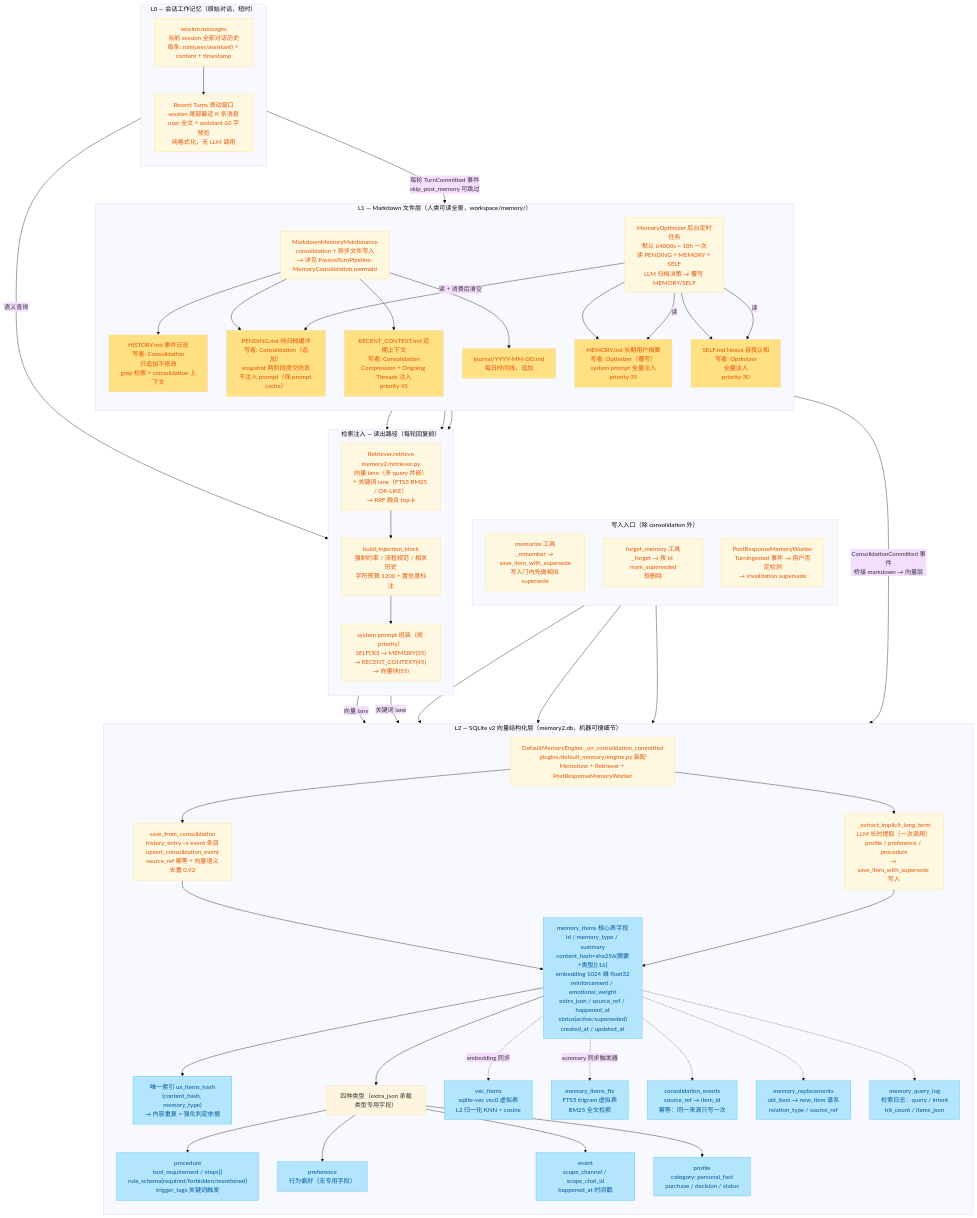
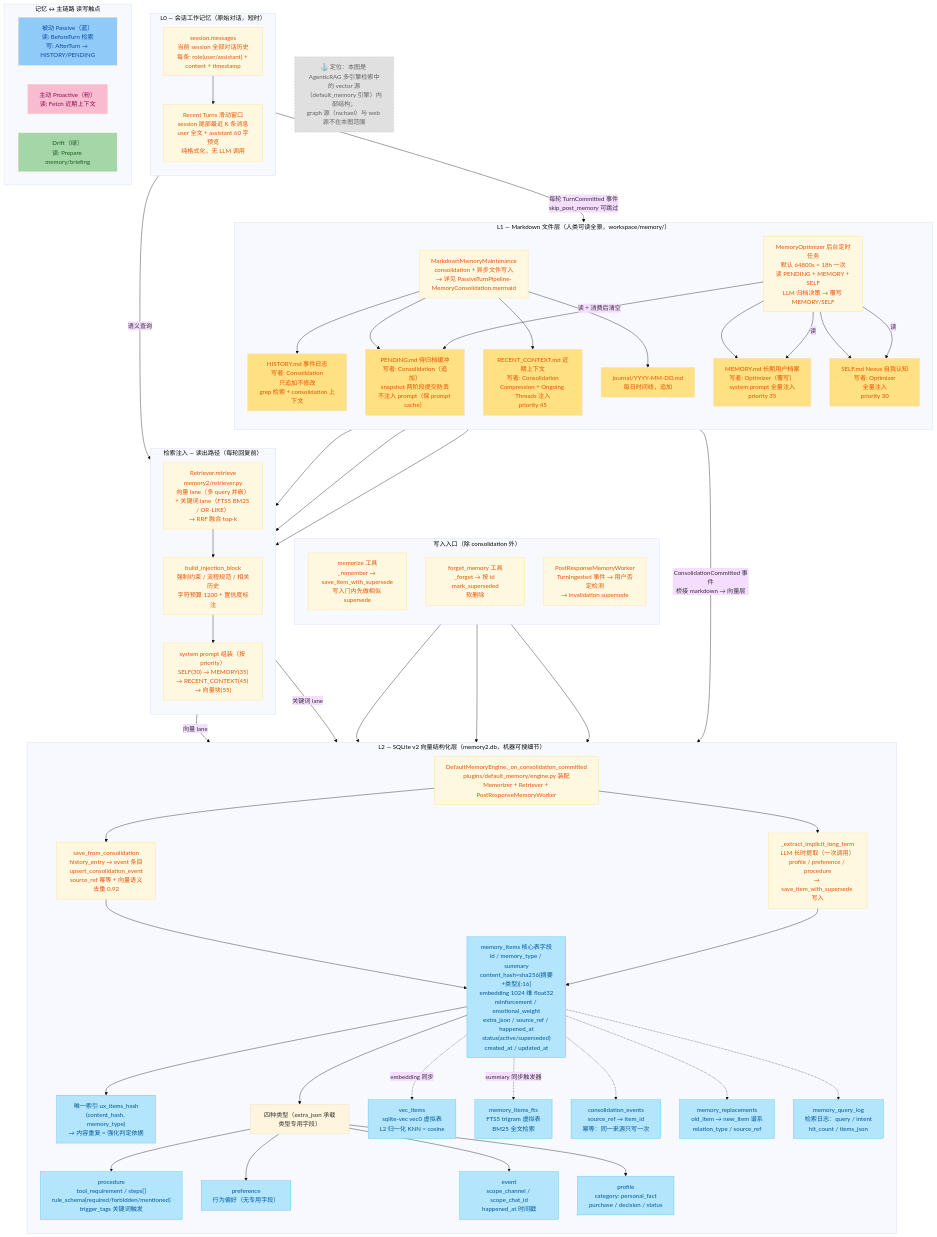
One commit to 1L7V5101V/NexusCompanion changed the diagram in docs/Graph/MemorySystem-MultiLevel.mermaid. Above: the diagram before and after it, drawn with Mermaid (base theme).

Commit message:
docs: 记忆系统图补定位标注与主链路读写触点图例
- 定位：本图为 AgenticRAG 多引擎检索中的 vector 源（default_memory 引擎）
- 新增「记忆 ↔ 主链路读写触点」小图例，用主链路三色
  （passPhase 蓝 / proPhase 粉 / driftPhase 绿）标注各链路读/写触点

```diff
--- a/docs/Graph/MemorySystem-MultiLevel.mermaid
+++ b/docs/Graph/MemorySystem-MultiLevel.mermaid
@@ -1,129 +1,149 @@
-graph TB
+flowchart TB
     %% ============================================================
     %% 多级结构化记忆系统 — 三级结构 + 数据流
     %% 依据代码：memory2/store.py、memory2/models.py、memory2/memorizer.py、
     %%          memory2/retriever.py、memory2/post_response_worker.py、
     %%          plugins/default_memory/engine.py、_handbook/memory-markdown.md
     %% ============================================================
     %% ====== 样式 ======
     classDef mem fill:#ffe082,color:#e65100
     classDef step fill:#fff8e1,color:#e65100,stroke:#ffe082,stroke-width:1px
     classDef gate fill:#fff9c4,color:#f57f17,stroke:#ffe082,stroke-width:1px
     classDef file fill:#ffffff,color:#bf360c,stroke:#ffcc80,stroke-width:1px
     classDef event fill:#ce93d8,color:#4a148c,stroke:#ce93d8,stroke-width:1px
     classDef async fill:#e0e0e0,color:#616161,stroke:#bdbdbd,stroke-width:1px,stroke-dasharray:5 3
     classDef final fill:#a5d6a7,color:#1b5e20,stroke:#66bb6a,stroke-width:2px
     classDef db fill:#b3e5fc,color:#01579b,stroke:#4fc3f7,stroke-width:1px
+    %% 主链路配色（与 三链路-Passive+Proactive+Drift.mermaid 一致）
+    classDef passPhase fill:#90caf9,color:#0d47a1
+    classDef proPhase fill:#f8bbd0,color:#880e4f
+    classDef driftPhase fill:#a5d6a7,color:#1b5e20
 
     %% ═══════════════════════════════════════════
     %% L0 会话工作记忆（短时）
     %% ═══════════════════════════════════════════
     subgraph L0["L0 — 会话工作记忆（原始对话，短时）"]
         direction TB
         L0_MSG["session.messages<br/>当前 session 全部对话历史<br/>每条: role(user/assistant) + content + timestamp"]
         L0_RECENT["Recent Turns 滑动窗口<br/>session 尾部最近 K 条消息<br/>user 全文 + assistant 60 字预览<br/>纯格式化，无 LLM 调用"]
         L0_MSG --> L0_RECENT
     end
 
     L0_MSG -->|"每轮 TurnCommitted 事件<br/>skip_post_memory 可跳过"| L1_CONS
     L0_MSG -->|"语义查询"| RETR
 
     %% ═══════════════════════════════════════════
     %% L1 Markdown 文件层（人类可读全景）
     %% ═══════════════════════════════════════════
     subgraph L1["L1 — Markdown 文件层（人类可读全景，workspace/memory/）"]
         direction TB
         L1_CONS["MarkdownMemoryMaintenance<br/>consolidation + 异步文件写入<br/>→ 详见 PassiveTurnPipeline-MemoryConsolidation.mermaid"]
         L1_OPT["MemoryOptimizer 后台定时任务<br/>默认 64800s = 18h 一次<br/>读 PENDING + MEMORY + SELF<br/>LLM 归档决策 → 覆写 MEMORY/SELF"]
         L1_CONS --> F_HISTORY
         L1_CONS --> F_PENDING
         L1_CONS --> F_RECENT
         L1_CONS --> F_JOURNAL
         L1_OPT --> F_MEM
         L1_OPT --> F_SELF
         L1_OPT -->|"读 + 消费后清空"| F_PENDING
         L1_OPT -->|"读"| F_MEM
         L1_OPT -->|"读"| F_SELF
 
         F_MEM["MEMORY.md 长期用户档案<br/>写者: Optimizer（覆写）<br/>system prompt 全量注入<br/>priority 35"]
         F_SELF["SELF.md Nexus 自我认知<br/>写者: Optimizer<br/>全量注入<br/>priority 30"]
         F_PENDING["PENDING.md 待归档缓冲<br/>写者: Consolidation（追加）<br/>snapshot 两阶段提交防丢<br/>不注入 prompt（保 prompt cache）"]
         F_HISTORY["HISTORY.md 事件日志<br/>写者: Consolidation<br/>只追加不修改<br/>grep 检索 + consolidation 上下文"]
         F_RECENT["RECENT_CONTEXT.md 近期上下文<br/>写者: Consolidation<br/>Compression + Ongoing Threads 注入<br/>priority 45"]
         F_JOURNAL["journal/YYYY-MM-DD.md<br/>每日时间线，追加"]
     end
 
     L1_CONS -->|"ConsolidationCommitted 事件<br/>桥接 markdown → 向量层"| L2_WRITE
 
     %% ═══════════════════════════════════════════
     %% L2 SQLite v2 向量结构化层
     %% ═══════════════════════════════════════════
     subgraph L2["L2 — SQLite v2 向量结构化层（memory2.db，机器可搜细节）"]
         direction TB
         L2_WRITE["DefaultMemoryEngine._on_consolidation_committed<br/>plugins/default_memory/engine.py 装配<br/>Memorizer + Retriever + PostResponseMemoryWorker"]
         L2_WRITE --> L2_EVT
         L2_WRITE --> L2_LT
         L2_EVT["save_from_consolidation<br/>history_entry → event 条目<br/>upsert_consolidation_event<br/>source_ref 幂等 + 向量语义去重 0.92"]
         L2_LT["_extract_implicit_long_term<br/>LLM 长时提取（一次调用）<br/>profile / preference / procedure<br/>→ save_item_with_supersede 写入"]
         L2_EVT --> T_META
         L2_LT --> T_META
 
         T_META["memory_items 核心表字段<br/>id / memory_type / summary<br/>content_hash=sha256(摘要+类型)[:16]<br/>embedding 1024 维 float32<br/>reinforcement / emotional_weight<br/>extra_json / source_ref / happened_at<br/>status(active/superseded)<br/>created_at / updated_at"]
         T_IDX["唯一索引 ux_items_hash<br/>(content_hash, memory_type)<br/>→ 内容重复 = 强化判定依据"]
         T_META --> T_IDX
 
         T_META --> T_TYPES
         T_TYPES["四种类型（extra_json 承载类型专用字段）"]
         T_PROC["procedure<br/>tool_requirement / steps[]<br/>rule_schema{required/forbidden/mentioned}<br/>trigger_tags 关键词触发"]
         T_PREF["preference<br/>行为偏好（无专用字段）"]
         T_EVENT["event<br/>scope_channel / scope_chat_id<br/>happened_at 时间戳"]
         T_PROF["profile<br/>category: personal_fact<br/>purchase / decision / status"]
         T_TYPES --> T_PROC
         T_TYPES --> T_PREF
         T_TYPES --> T_EVENT
         T_TYPES --> T_PROF
 
         T_META -.->|"embedding 同步"| T_VEC["vec_items<br/>sqlite-vec vec0 虚拟表<br/>L2 归一化 KNN ≈ cosine"]
         T_META -.->|"summary 同步触发器"| T_FTS["memory_items_fts<br/>FTS5 trigram 虚拟表<br/>BM25 全文检索"]
         T_META -.-> T_CONS["consolidation_events<br/>source_ref → item_id<br/>幂等：同一来源只写一次"]
         T_META -.-> T_REPL["memory_replacements<br/>old_item → new_item 谱系<br/>relation_type / source_ref"]
         T_META -.-> T_QLOG["memory_query_log<br/>检索日志：query / intent<br/>hit_count / items_json"]
     end
 
     %% ═══════════════════════════════════════════
     %% 写入入口（consolidation 之外）
     %% ═══════════════════════════════════════════
     subgraph WRITE["写入入口（除 consolidation 外）"]
         direction TB
         W_MEM["memorize 工具<br/>_remember → save_item_with_supersede<br/>写入门内先做相似 supersede"]
         W_FORGET["forget_memory 工具<br/>_forget → 按 id mark_superseded<br/>软删除"]
         W_POST["PostResponseMemoryWorker<br/>TurnIngested 事件 → 用户否定检测<br/>→ invalidation supersede"]
         W_MEM --> T_META
         W_FORGET --> T_META
         W_POST --> T_META
     end
 
     %% ═══════════════════════════════════════════
     %% 检索注入（读出路径）
     %% ═══════════════════════════════════════════
     subgraph READ["检索注入 — 读出路径（每轮回复前）"]
         direction TB
         RETR["Retriever.retrieve<br/>memory2/retriever.py<br/>向量 lane（多 query 并嵌）<br/>+ 关键词 lane（FTS5 BM25 / OR-LIKE）<br/>→ RRF 融合 top-k"]
         RETR -->|"向量 lane"| T_META
         RETR -->|"关键词 lane"| T_FTS
         RETR --> INJ["build_injection_block<br/>强制约束 / 流程规范 / 相关历史<br/>字符预算 1200 + 置信度标注"]
         INJ --> INJECT["system prompt 组装（按 priority）<br/>SELF(30) → MEMORY(35)<br/>→ RECENT_CONTEXT(45) → 向量块(55)"]
         F_MEM --> INJECT
         F_SELF --> INJECT
         F_RECENT --> INJECT
     end
 
+    %% ═══════════════════════════════════════════
+    %% 定位标注 + 记忆 ↔ 主链路读写触点
+    %% ═══════════════════════════════════════════
+    LEG_MEM["⚓ 定位：本图是 AgenticRAG 多引擎检索中的 vector 源（default_memory 引擎）内部结构；<br/>graph 源（rachael）与 web 源不在本图范围"]
+
+    subgraph LEGEND["记忆 ↔ 主链路 读写触点"]
+        direction LR
+        LEG_PASS["被动 Passive（蓝）<br/>读: BeforeTurn 检索<br/>写: AfterTurn → HISTORY/PENDING"]
+        LEG_PRO["主动 Proactive（粉）<br/>读: Fetch 近期上下文"]
+        LEG_DRIFT["Drift（绿）<br/>读: Prepare memory/briefing"]
+    end
+
     %% ====== 样式应用 ======
+    class LEG_MEM async
+    class LEG_PASS passPhase
+    class LEG_PRO proPhase
+    class LEG_DRIFT driftPhase
     class L0_MSG,L0_RECENT step
     class L1_CONS,L1_OPT step
     class F_MEM,F_SELF,F_PENDING,F_HISTORY,F_RECENT,F_JOURNAL mem
     class L2_WRITE,L2_EVT,L2_LT step
     class T_META,T_IDX db
     class T_PROC,T_PREF,T_EVENT,T_PROF,T_VEC,T_FTS,T_CONS,T_REPL,T_QLOG db
     class W_MEM,W_FORGET,W_POST step
     class RETR,INJ,INJECT step
```
